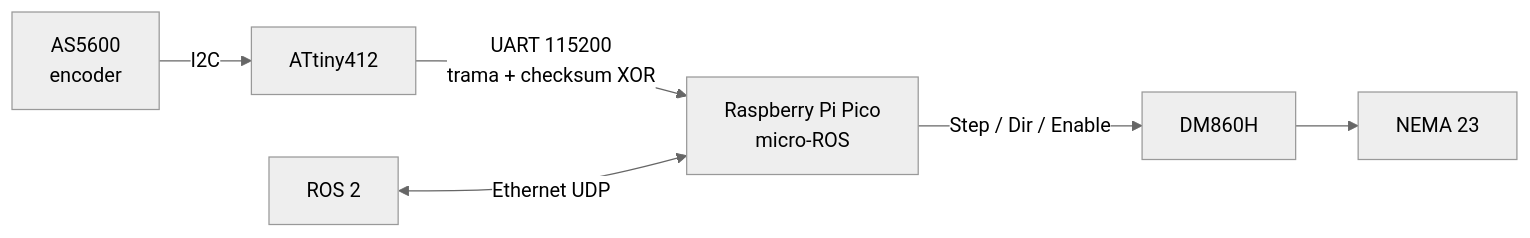
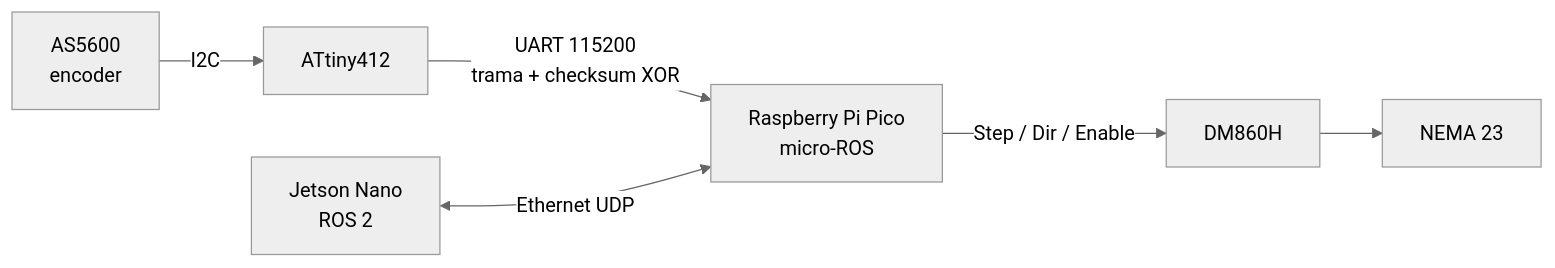
Before and after one commit to BrianSimpson01/Agrotecnologias-abiertas-para-mexico-: the first of 2 diagrams in docs/volante.md, drawn with Mermaid (neutral theme). The commit also changed other lines of this file and 6 other files, not shown here.

Commit message:
Corregir arquitectura: Picos y Jetson Nano

````diff
--- a/docs/volante.md
+++ b/docs/volante.md
@@ -44,8 +44,8 @@
 ```mermaid
 flowchart LR
     AS[AS5600<br/>encoder] -->|I2C| AT[ATtiny412]
     AT -->|UART 115200<br/>trama + checksum XOR| PICO[Raspberry Pi Pico<br/>micro-ROS]
     PICO -->|Step / Dir / Enable| DRV[DM860H]
     DRV --> MOT[NEMA 23]
-    ROS[ROS 2] <-->|Ethernet UDP| PICO
+    ROS[Jetson Nano<br/>ROS 2] <-->|Ethernet UDP| PICO
 ```
````
